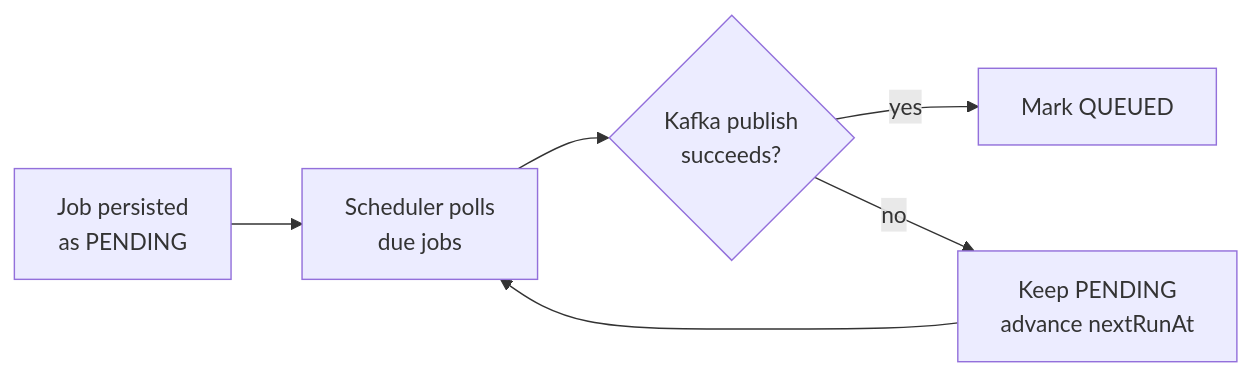
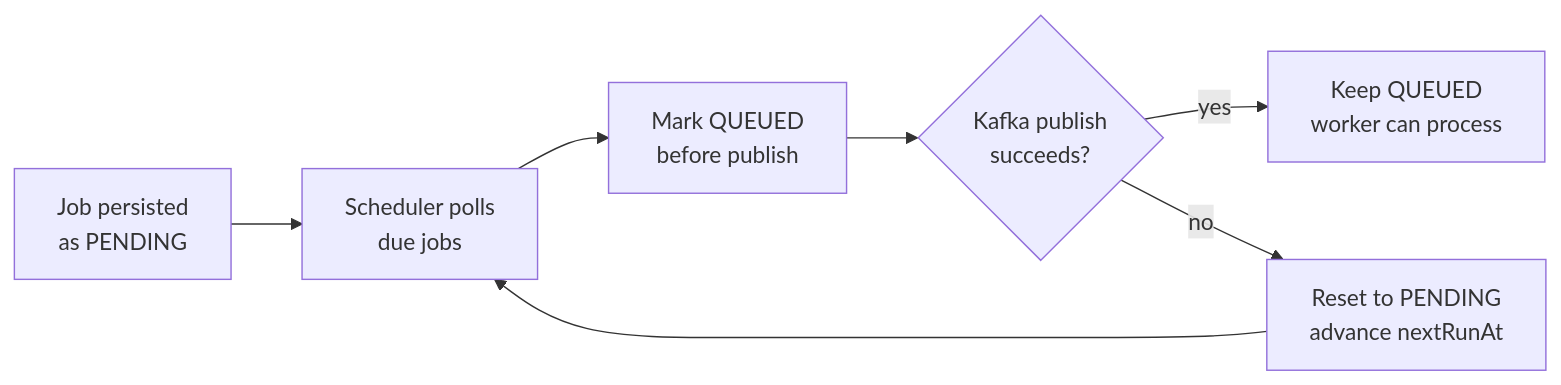
Before and after one commit to harshithrao07/distributed-scheduler: the eighth of 10 diagrams in Readme.md, drawn with Mermaid. The commit also changed other lines of this file and 22 other files, not shown here.

````diff
--- a/Readme.md
+++ b/Readme.md
@@ -280,8 +283,9 @@
 ```mermaid
 flowchart LR
     A["Job persisted<br/>as PENDING"] --> B["Scheduler polls<br/>due jobs"]
-    B --> C{"Kafka publish<br/>succeeds?"}
-    C -->|yes| D["Mark QUEUED"]
-    C -->|no| E["Keep PENDING<br/>advance nextRunAt"]
+    B --> D["Mark QUEUED<br/>before publish"]
+    D --> C{"Kafka publish<br/>succeeds?"}
+    C -->|yes| F["Keep QUEUED<br/>worker can process"]
+    C -->|no| E["Reset to PENDING<br/>advance nextRunAt"]
     E --> B
 ```
````
